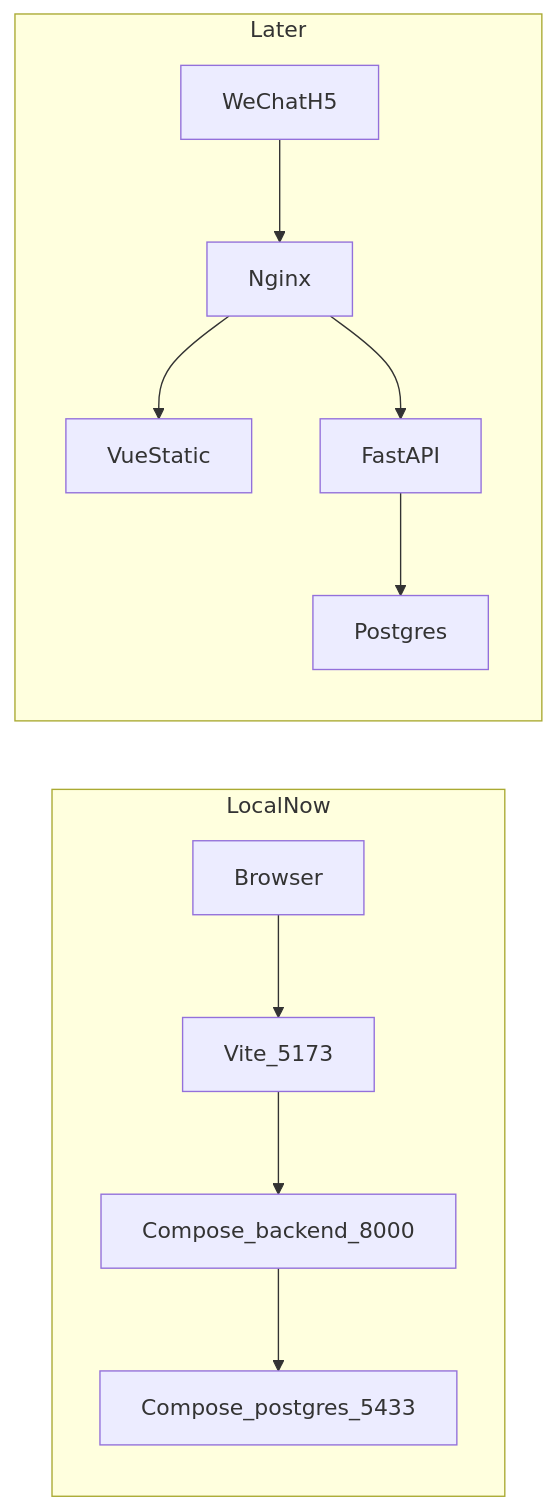
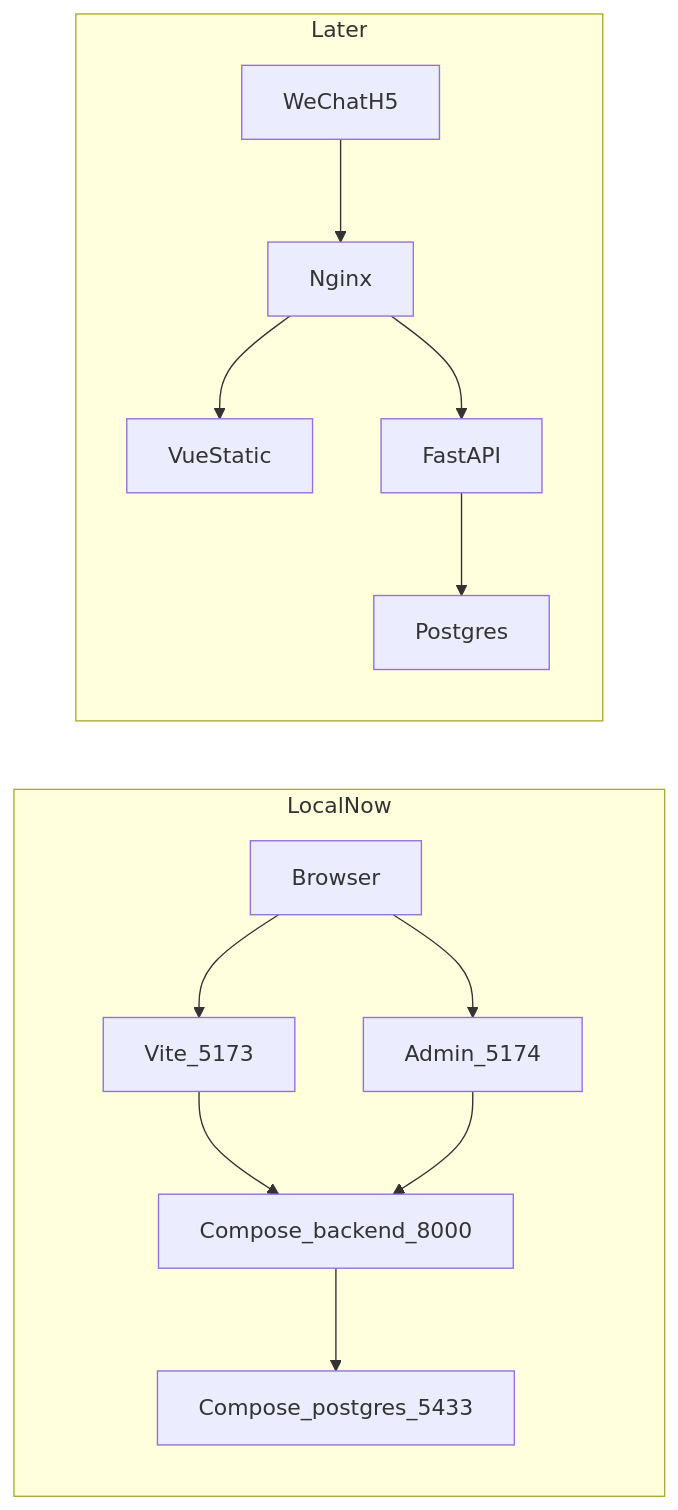
One commit to XXuyucheng/activity-booking changed the first of 2 diagrams in README.md. Above: the diagram before and after it, drawn with Mermaid. The commit also changed other lines of this file and 49 other files, not shown here.

````diff
--- a/README.md
+++ b/README.md
@@ -53,14 +55,16 @@
 ```mermaid
 flowchart LR
   subgraph local [LocalNow]
     Browser[Browser] --> Vite[Vite_5173]
+    Browser --> Admin[Admin_5174]
     Vite --> Api[Compose_backend_8000]
+    Admin --> Api
     Api --> Pg[Compose_postgres_5433]
   end
   subgraph later [Later]
     Wx[WeChatH5] --> Nginx
     Nginx --> Fe[VueStatic]
     Nginx --> Be[FastAPI]
     Be --> PgProd[Postgres]
   end
 ```
````
